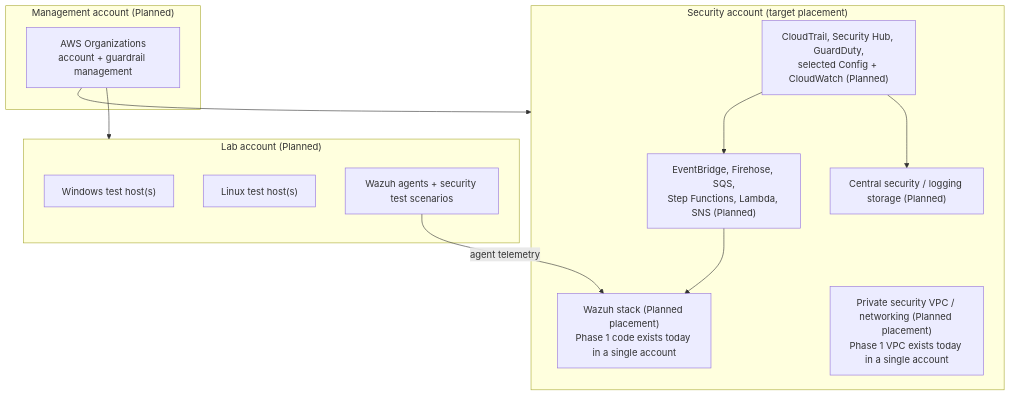
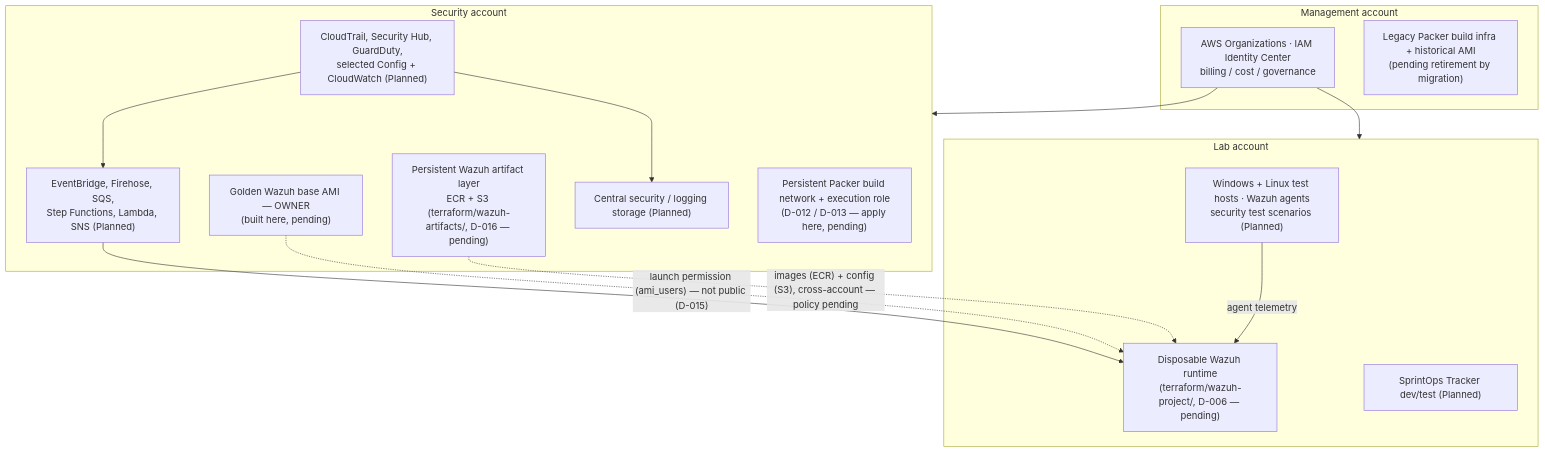
The third of 6 diagrams in docs/ARCHITECTURE.md (ERC-320-61/cloud-secops-lab), drawn with Mermaid before and after one commit. The commit also changed other lines of this file and 20 other files, not shown here.

````diff
--- a/docs/ARCHITECTURE.md
+++ b/docs/ARCHITECTURE.md
@@ -170,27 +198,31 @@
 ```mermaid
 flowchart TB
-    subgraph MGMT["Management account (Planned)"]
-        ORG["AWS Organizations<br/>account + guardrail management"]
+    subgraph MGMT["Management account"]
+        ORG["AWS Organizations · IAM Identity Center<br/>billing / cost / governance"]
+        LEG["Legacy Packer build infra + historical AMI<br/>(pending retirement by migration)"]
     end
 
-    subgraph SEC["Security account (target placement)"]
-        WZ["Wazuh stack (Planned placement)<br/>Phase 1 code exists today in a single account"]
+    subgraph SEC["Security account"]
+        PB["Persistent Packer build network + execution role<br/>(D-012 / D-013 — apply here, pending)"]
+        GAMI["Golden Wazuh base AMI — OWNER<br/>(built here, pending)"]
+        ART["Persistent Wazuh artifact layer<br/>ECR + S3 (terraform/wazuh-artifacts/, D-016 — pending)"]
         NATIVE["CloudTrail, Security Hub, GuardDuty,<br/>selected Config + CloudWatch (Planned)"]
         PIPE["EventBridge, Firehose, SQS,<br/>Step Functions, Lambda, SNS (Planned)"]
         LOG["Central security / logging storage (Planned)"]
-        NET["Private security VPC / networking (Planned placement)<br/>Phase 1 VPC exists today in a single account"]
     end
 
-    subgraph LAB["Lab account (Planned)"]
-        WIN["Windows test host(s)"]
-        LIN["Linux test host(s)"]
-        AG["Wazuh agents + security test scenarios"]
+    subgraph LAB["Lab account"]
+        RT["Disposable Wazuh runtime<br/>(terraform/wazuh-project/, D-006 — pending)"]
+        HOSTS["Windows + Linux test hosts · Wazuh agents<br/>security test scenarios (Planned)"]
+        SPRINT["SprintOps Tracker dev/test (Planned)"]
     end
 
     ORG --> SEC
     ORG --> LAB
-    AG -->|"agent telemetry"| WZ
+    GAMI -.->|"launch permission (ami_users) — not public (D-015)"| RT
+    ART -.->|"images (ECR) + config (S3), cross-account — policy pending"| RT
+    HOSTS -->|"agent telemetry"| RT
     NATIVE --> PIPE
-    PIPE --> WZ
+    PIPE --> RT
     NATIVE --> LOG
 ```
````
